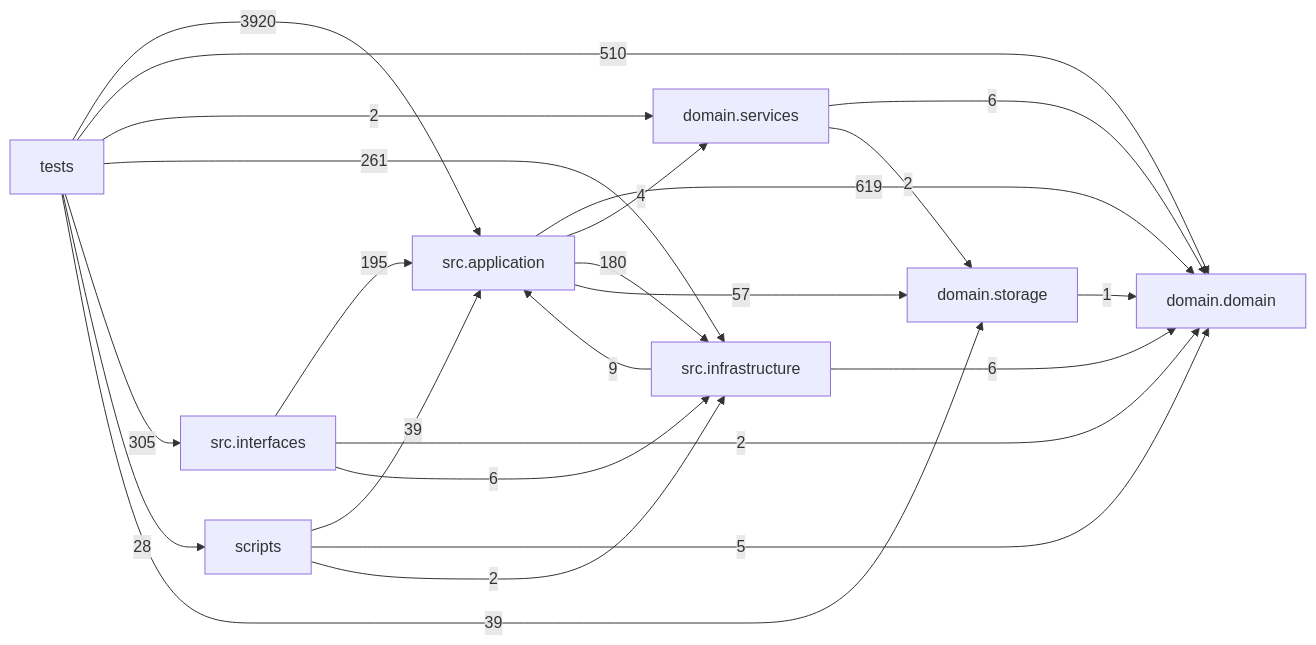
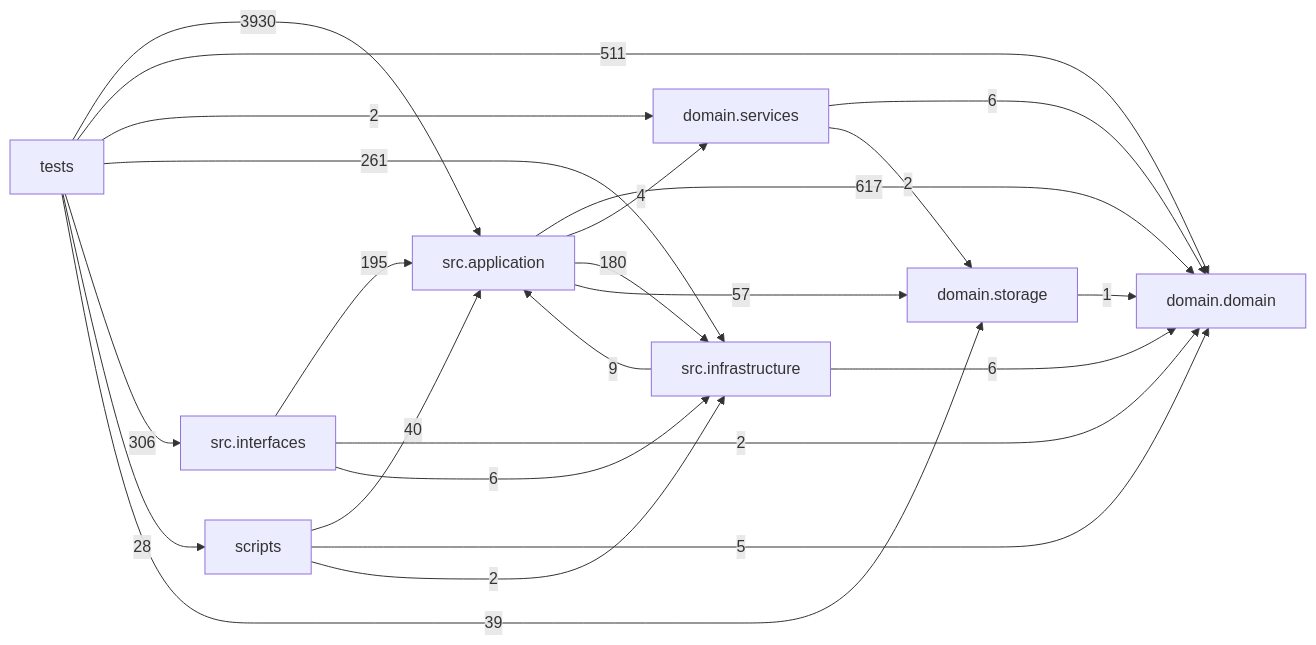
One commit to liuxie066/options-monitor changed the diagram in docs/DEPENDENCY_GRAPH.md. Above: the diagram before and after it, drawn with Mermaid. The commit also changed other lines of this file and 61 other files, not shown here.

````diff
--- a/docs/DEPENDENCY_GRAPH.md
+++ b/docs/DEPENDENCY_GRAPH.md
@@ -24,33 +24,33 @@
 ```mermaid
 flowchart LR
   tests["tests"]
   scripts["scripts"]
   interfaces["src.interfaces"]
   application["src.application"]
   infrastructure["src.infrastructure"]
   domain_services["domain.services"]
   domain["domain.domain"]
   storage["domain.storage"]
-  application -->|619| domain
+  application -->|617| domain
   application -->|4| domain_services
   application -->|180| infrastructure
   application -->|57| storage
   domain_services -->|6| domain
   domain_services -->|2| storage
   infrastructure -->|9| application
   infrastructure -->|6| domain
   interfaces -->|195| application
   interfaces -->|2| domain
   interfaces -->|6| infrastructure
-  scripts -->|39| application
+  scripts -->|40| application
   scripts -->|5| domain
   scripts -->|2| infrastructure
   storage -->|1| domain
-  tests -->|3920| application
-  tests -->|510| domain
+  tests -->|3930| application
+  tests -->|511| domain
   tests -->|2| domain_services
   tests -->|261| infrastructure
-  tests -->|305| interfaces
+  tests -->|306| interfaces
   tests -->|28| scripts
   tests -->|39| storage
 ```
````
